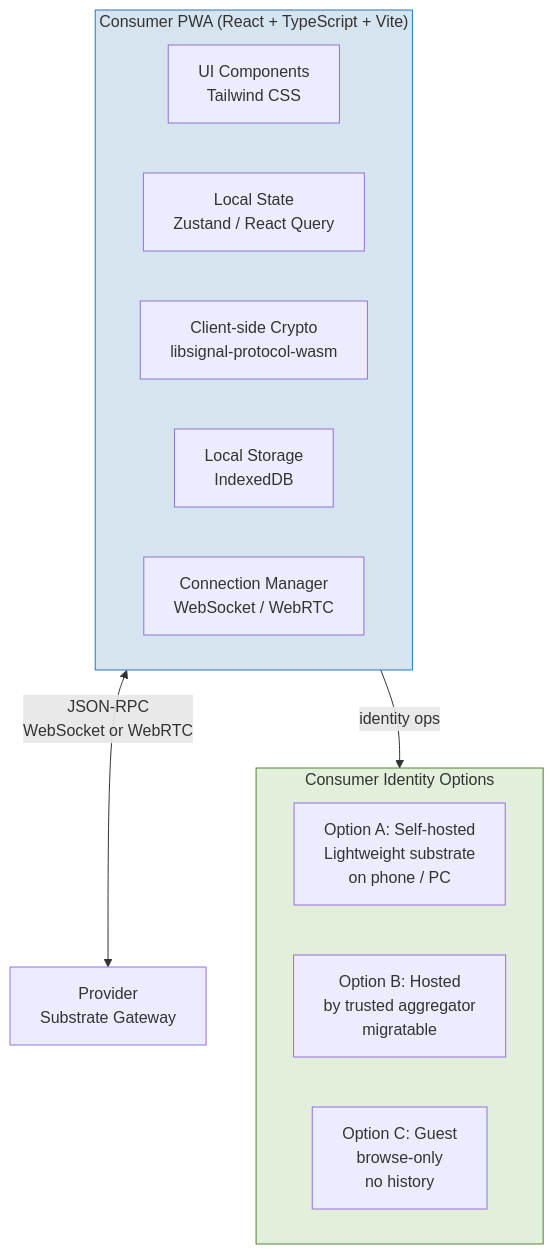
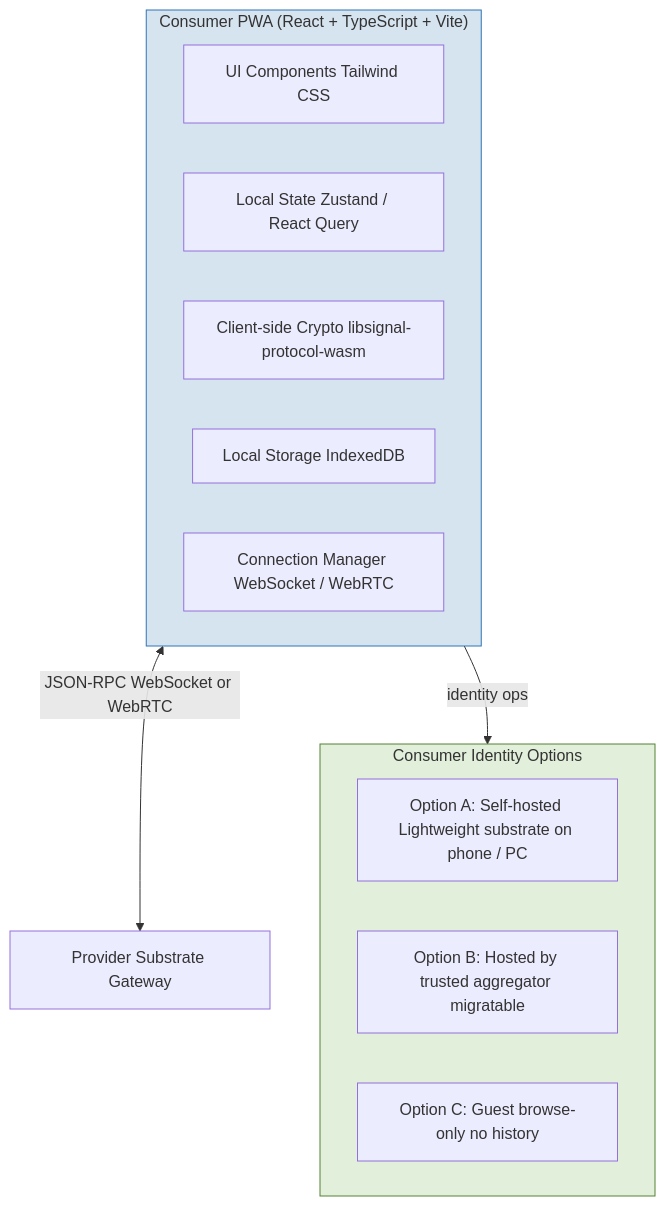
Before and after one commit to syneroym/syneroym: diagram 19 of 21 in docs/architecture.md, drawn with Mermaid. The commit also changed other lines of this file, not shown here.

````diff
--- a/docs/architecture.md
+++ b/docs/architecture.md
@@ -813,22 +782,22 @@
 ```mermaid
 flowchart TD
     subgraph PWA["Consumer PWA (React + TypeScript + Vite)"]
-        UI[UI Components\nTailwind CSS]
-        STATE[Local State\nZustand / React Query]
-        CRYPTO_CLIENT[Client-side Crypto\nlibsignal-protocol-wasm]
-        STORAGE_CLIENT[Local Storage\nIndexedDB]
-        CONN[Connection Manager\nWebSocket / WebRTC]
+        UI[UI Components Tailwind CSS]
+        STATE[Local State Zustand / React Query]
+        CRYPTO_CLIENT[Client-side Crypto libsignal-protocol-wasm]
+        STORAGE_CLIENT[Local Storage IndexedDB]
+        CONN[Connection Manager WebSocket / WebRTC]
     end
 
     subgraph IDENTITY_OPT["Consumer Identity Options"]
-        OPT_A[Option A: Self-hosted\nLightweight substrate\non phone / PC]
-        OPT_B[Option B: Hosted\nby trusted aggregator\nmigratable]
-        OPT_C[Option C: Guest\nbrowse-only\nno history]
+        OPT_A[Option A: Self-hosted Lightweight substrate on phone / PC]
+        OPT_B[Option B: Hosted by trusted aggregator migratable]
+        OPT_C[Option C: Guest browse-only no history]
     end
 
-    PWA <-->|"JSON-RPC\nWebSocket or WebRTC"| PROVIDER_GW[Provider\nSubstrate Gateway]
+    PWA <-->|"JSON-RPC WebSocket or WebRTC"| PROVIDER_GW[Provider Substrate Gateway]
     PWA -->|"identity ops"| IDENTITY_OPT
 
     style PWA fill:#D6E4F0,stroke:#2E75B6
     style IDENTITY_OPT fill:#E2EFDA,stroke:#548235
 ```
````
